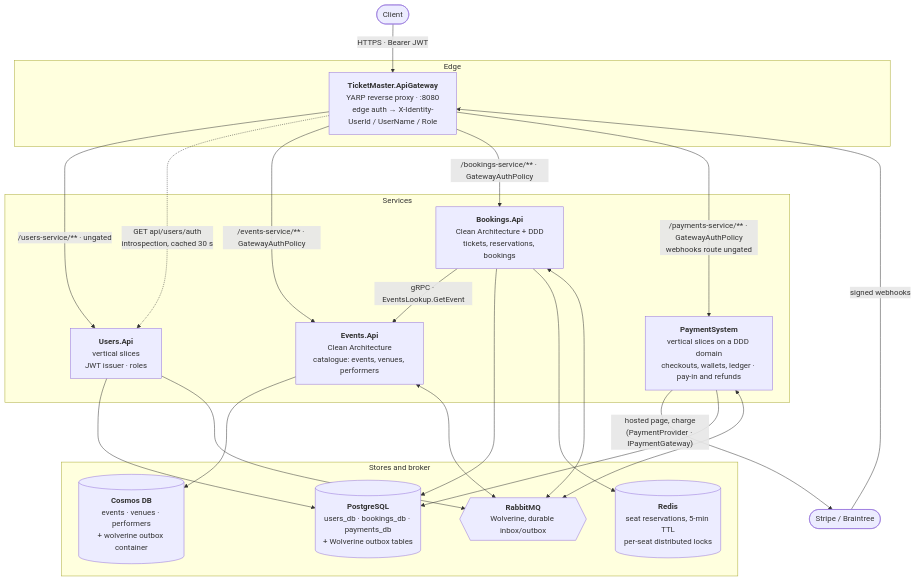
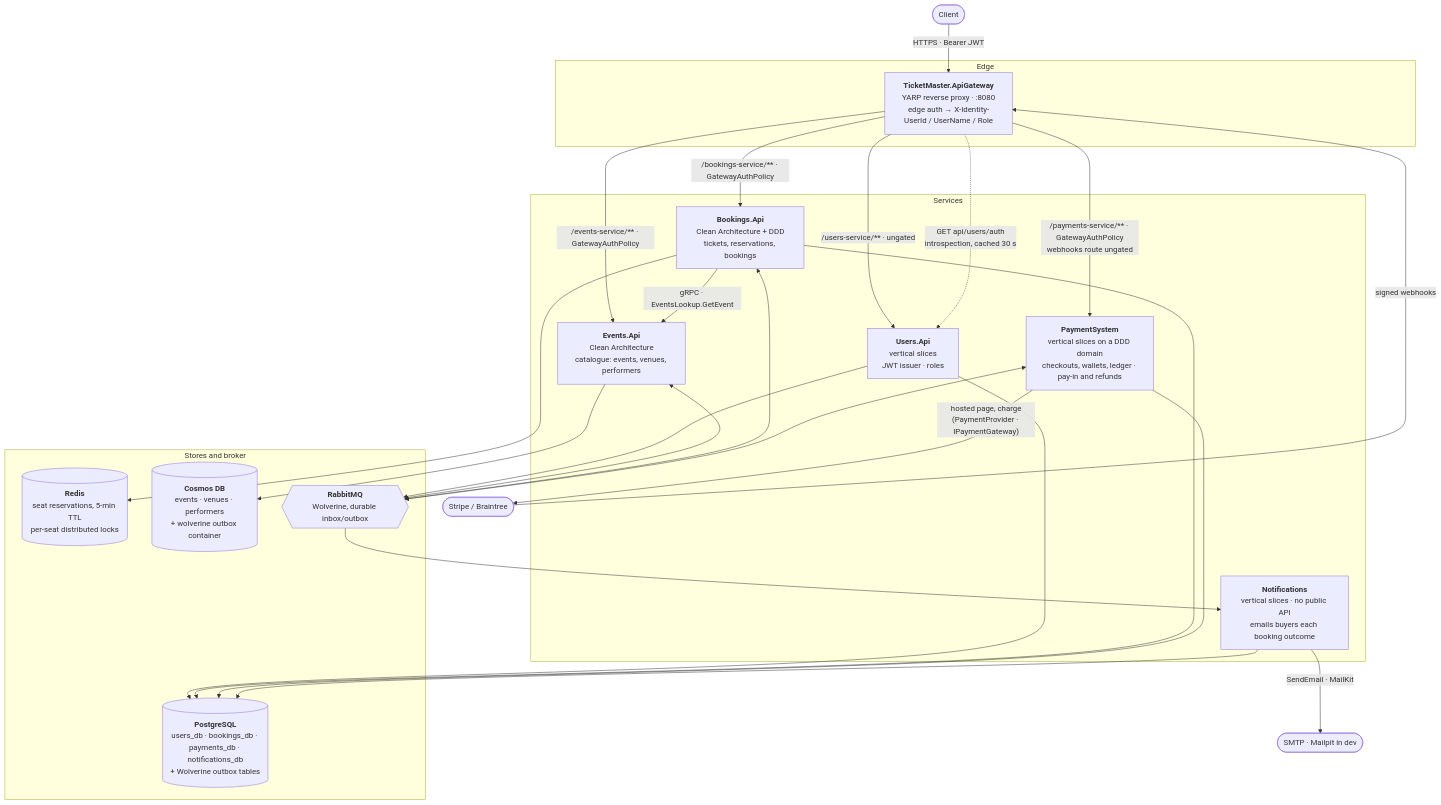
Before and after one commit to akmgr5544/TicketMaster: the first of 3 diagrams in README.md, drawn with Mermaid. The commit also changed other lines of this file and 7 other files, not shown here.

````diff
--- a/README.md
+++ b/README.md
@@ -32,43 +33,49 @@
 ```mermaid
 flowchart TB
     client(["Client"])
     psp(["Stripe / Braintree"])
 
     subgraph edge["Edge"]
         gateway["<b>TicketMaster.ApiGateway</b><br/>YARP reverse proxy · :8080<br/>edge auth → X-Identity-UserId / UserName / Role"]
     end
 
     subgraph services["Services"]
         users["<b>Users.Api</b><br/>vertical slices<br/>JWT issuer · roles"]
         events["<b>Events.Api</b><br/>Clean Architecture<br/>catalogue: events, venues, performers"]
         bookings["<b>Bookings.Api</b><br/>Clean Architecture + DDD<br/>tickets, reservations, bookings"]
         payments["<b>PaymentSystem</b><br/>vertical slices on a DDD domain<br/>checkouts, wallets, ledger · pay-in and refunds"]
+        notifications["<b>Notifications</b><br/>vertical slices · no public API<br/>emails buyers each booking outcome"]
     end
 
+    smtp(["SMTP · Mailpit in dev"])
+
     subgraph data["Stores and broker"]
-        postgres[("<b>PostgreSQL</b><br/>users_db · bookings_db · payments_db<br/>+ Wolverine outbox tables")]
+        postgres[("<b>PostgreSQL</b><br/>users_db · bookings_db · payments_db · notifications_db<br/>+ Wolverine outbox tables")]
         redis[("<b>Redis</b><br/>seat reservations, 5-min TTL<br/>per-seat distributed locks")]
         cosmos[("<b>Cosmos DB</b><br/>events · venues · performers<br/>+ wolverine outbox container")]
         broker{{"<b>RabbitMQ</b><br/>Wolverine, durable inbox/outbox"}}
     end
 
     client -- "HTTPS · Bearer JWT" --> gateway
     gateway -- "/users-service/** · ungated" --> users
     gateway -. "GET api/users/auth<br/>introspection, cached 30 s" .-> users
     gateway -- "/events-service/** · GatewayAuthPolicy" --> events
     gateway -- "/bookings-service/** · GatewayAuthPolicy" --> bookings
     gateway -- "/payments-service/** · GatewayAuthPolicy<br/>webhooks route ungated" --> payments
     psp -- "signed webhooks" --> gateway
     payments -- "hosted page, charge<br/>(PaymentProvider · IPaymentGateway)" --> psp
     bookings -- "gRPC · EventsLookup.GetEvent" --> events
 
     users --> postgres
     users --> broker
     bookings --> postgres
     bookings --> redis
     payments --> postgres
     events --> cosmos
     events <--> broker
     bookings <--> broker
     payments <--> broker
+    notifications --> postgres
+    broker --> notifications
+    notifications -- "SendEmail · MailKit" --> smtp
 ```
````
